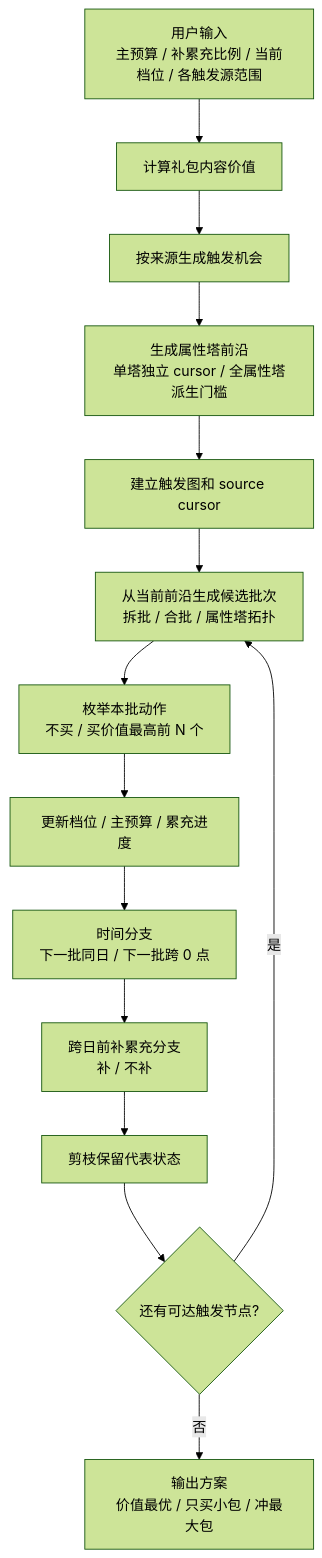
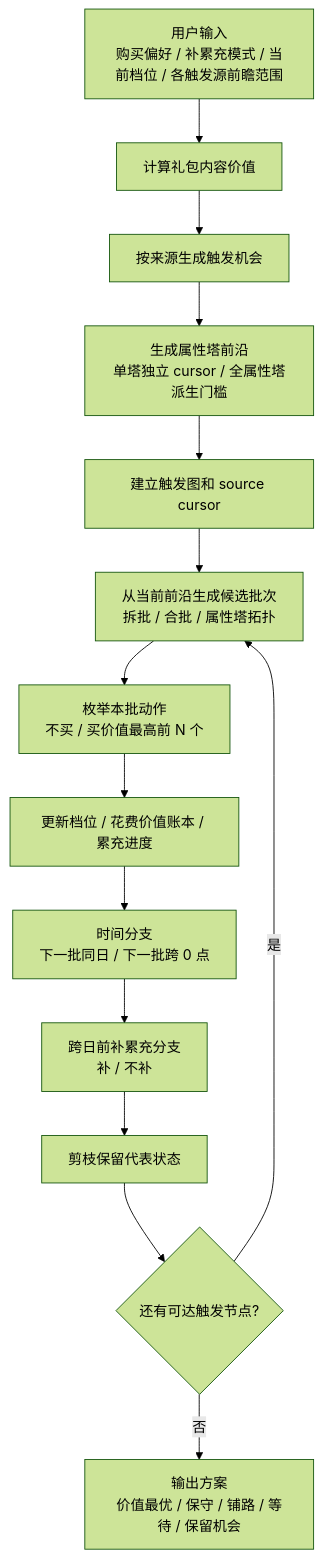
The first of 4 diagrams in doc/items/UltraSalePack/path-planning-visual.md (hitazuki/mementomori-calculator), drawn with Mermaid (forest theme) before and after one commit. The commit also changed other lines of this file and 10 other files, not shown here.

````diff
--- a/doc/items/UltraSalePack/path-planning-visual.md
+++ b/doc/items/UltraSalePack/path-planning-visual.md
@@ -7,16 +7,16 @@
 ```mermaid
 flowchart TD
-  A["用户输入<br/>主预算 / 补累充比例 / 当前档位 / 各触发源范围"] --> B["计算礼包内容价值"]
+  A["用户输入<br/>购买偏好 / 补累充模式 / 当前档位 / 各触发源前瞻范围"] --> B["计算礼包内容价值"]
   B --> C["按来源生成触发机会"]
   C --> D["生成属性塔前沿<br/>单塔独立 cursor / 全属性塔派生门槛"]
   D --> E["建立触发图和 source cursor"]
   E --> F["从当前前沿生成候选批次<br/>拆批 / 合批 / 属性塔拓扑"]
   F --> G["枚举本批动作<br/>不买 / 买价值最高前 N 个"]
-  G --> H["更新档位 / 主预算 / 累充进度"]
+  G --> H["更新档位 / 花费价值账本 / 累充进度"]
   H --> I["时间分支<br/>下一批同日 / 下一批跨 0 点"]
   I --> J["跨日前补累充分支<br/>补 / 不补"]
   J --> K["剪枝保留代表状态"]
   K --> L{"还有可达触发节点?"}
   L -- "是" --> F
-  L -- "否" --> M["输出方案<br/>价值最优 / 只买小包 / 冲最大包"]
+  L -- "否" --> M["输出方案<br/>价值最优 / 保守 / 铺路 / 等待 / 保留机会"]
 ```
````
